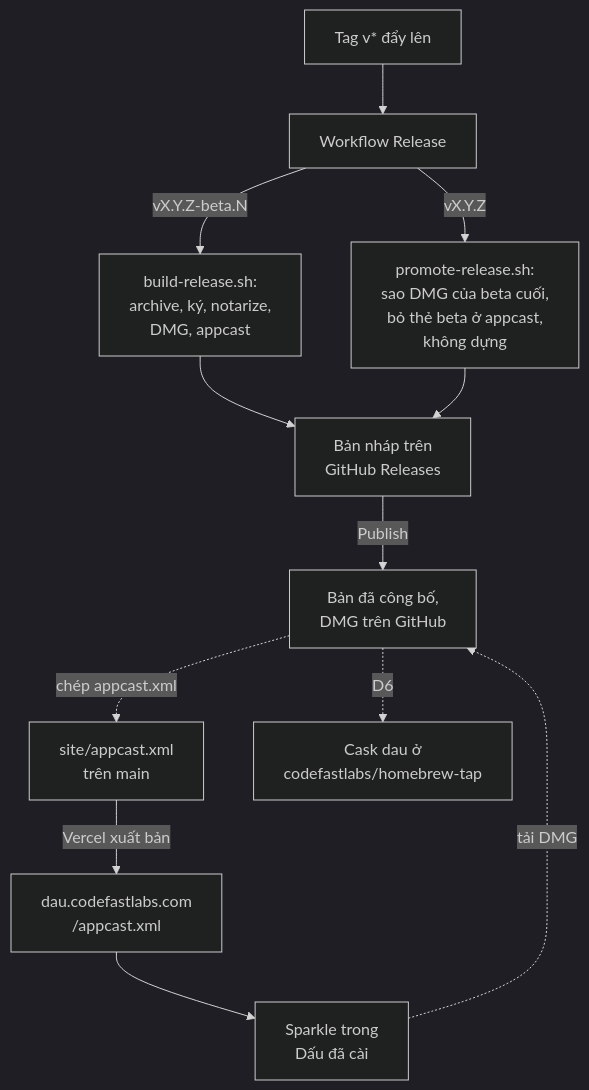
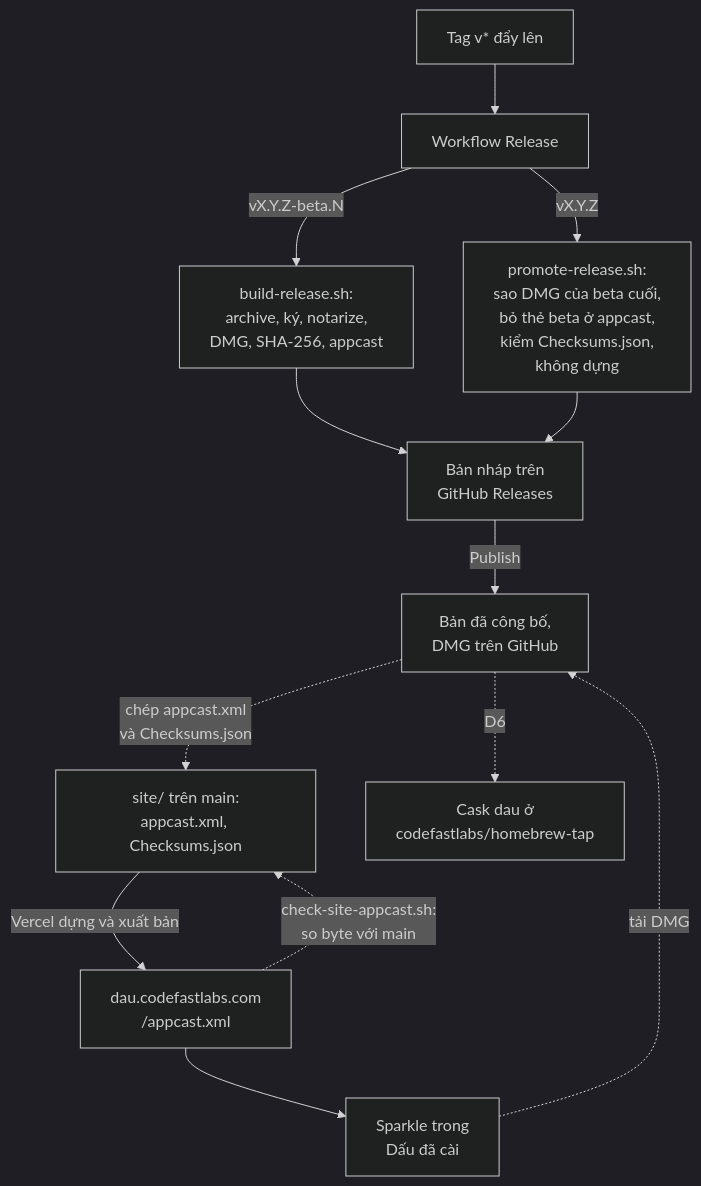
The first of 4 diagrams in docs/Releasing.md (codefastlabs/dau), drawn with Mermaid (dark theme) before and after one commit. The commit also changed other lines of this file and 135 other files, not shown here.

````diff
--- a/docs/Releasing.md
+++ b/docs/Releasing.md
@@ -5,14 +5,15 @@
 ```mermaid
 flowchart TD
   tag["Tag v* đẩy lên"] --> wf["Workflow Release"]
-  wf -- "vX.Y.Z-beta.N" --> build["build-release.sh:<br>archive, ký, notarize,<br>DMG, appcast"]
-  wf -- "vX.Y.Z" --> promote["promote-release.sh:<br>sao DMG của beta cuối,<br>bỏ thẻ beta ở appcast,<br>không dựng"]
+  wf -- "vX.Y.Z-beta.N" --> build["build-release.sh:<br>archive, ký, notarize,<br>DMG, SHA-256, appcast"]
+  wf -- "vX.Y.Z" --> promote["promote-release.sh:<br>sao DMG của beta cuối,<br>bỏ thẻ beta ở appcast,<br>kiểm Checksums.json,<br>không dựng"]
   build --> draft["Bản nháp trên<br>GitHub Releases"]
   promote --> draft
   draft -- "Publish" --> pub["Bản đã công bố,<br>DMG trên GitHub"]
-  pub -. "chép appcast.xml" .-> site["site/appcast.xml<br>trên main"]
-  site -- "Vercel xuất bản" --> feed["dau.codefastlabs.com<br>/appcast.xml"]
+  pub -. "chép appcast.xml<br>và Checksums.json" .-> site["site/ trên main:<br>appcast.xml, Checksums.json"]
+  site -- "Vercel dựng và xuất bản" --> feed["dau.codefastlabs.com<br>/appcast.xml"]
+  feed -. "check-site-appcast.sh:<br>so byte với main" .-> site
   feed --> sparkle["Sparkle trong<br>Dấu đã cài"]
   sparkle -. "tải DMG" .-> pub
   pub -. "D6" .-> cask["Cask dau ở<br>codefastlabs/homebrew-tap"]
 ```
````
